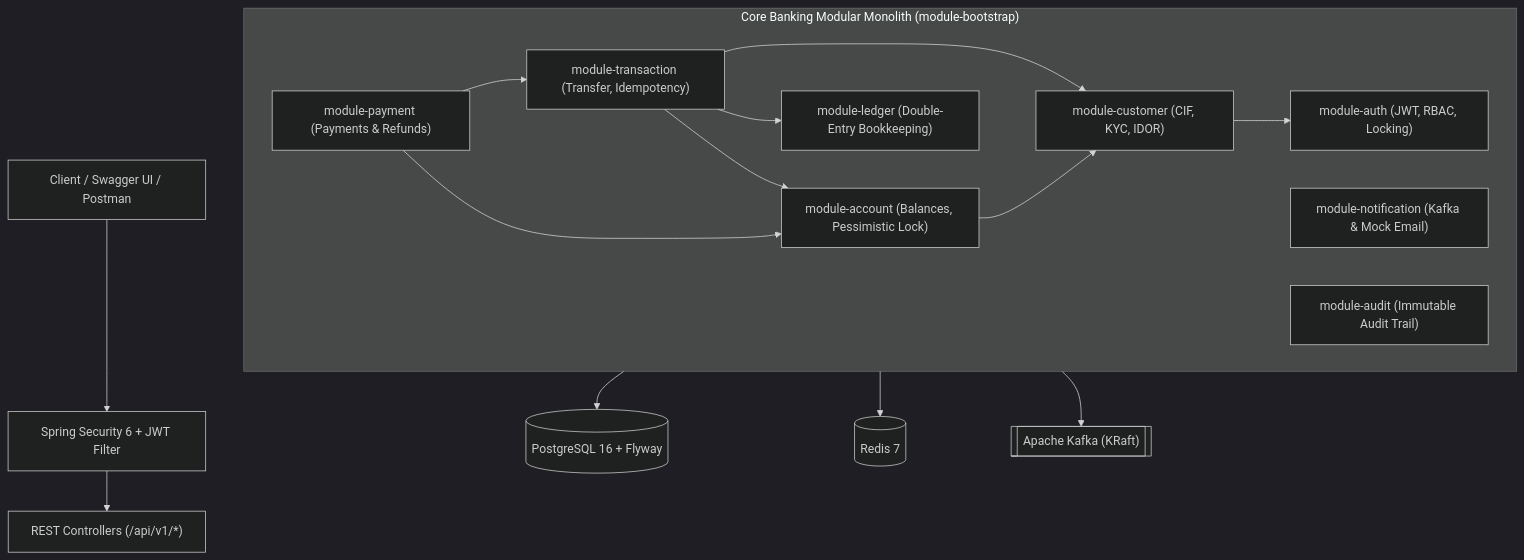
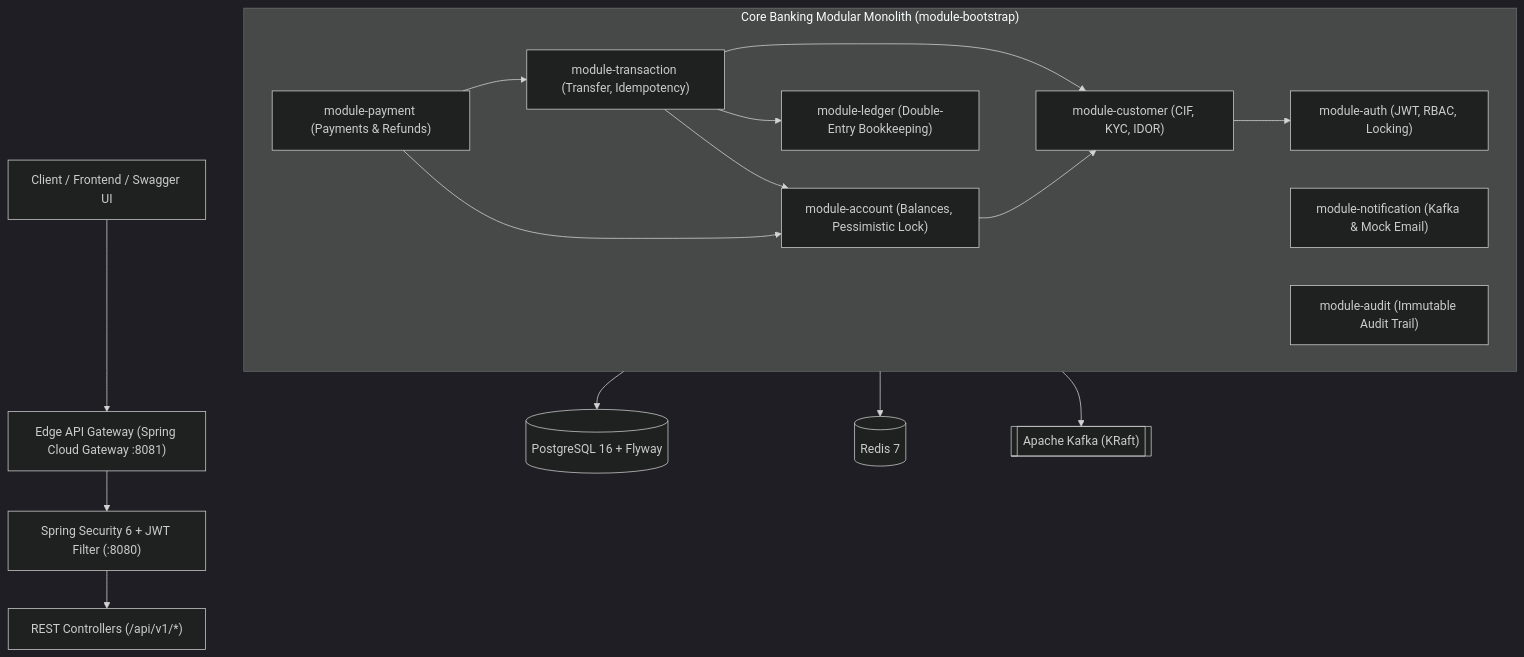
One commit to Haruto1508/banking-core-java-spring-boot changed the first of 2 diagrams in README.md. Above: the diagram before and after it, drawn with Mermaid (dark theme). The commit also changed other lines of this file and 14 other files, not shown here.

Commit message:
feat(gateway): add Spring Cloud Gateway edge microservice with CORS and CorrelationIdFilter

````diff
--- a/README.md
+++ b/README.md
@@ -11,28 +11,29 @@
 ```mermaid
 flowchart TD
-    Client["Client / Swagger UI / Postman"] --> Security["Spring Security 6 + JWT Filter"]
+    Client["Client / Frontend / Swagger UI"] --> Gateway["Edge API Gateway (Spring Cloud Gateway :8081)"]
+    Gateway --> Security["Spring Security 6 + JWT Filter (:8080)"]
     Security --> Controllers["REST Controllers (/api/v1/*)"]
 
     subgraph ModularMonolith ["Core Banking Modular Monolith (module-bootstrap)"]
         Auth["module-auth (JWT, RBAC, Locking)"]
         Customer["module-customer (CIF, KYC, IDOR)"]
         Account["module-account (Balances, Pessimistic Lock)"]
         Transaction["module-transaction (Transfer, Idempotency)"]
         Ledger["module-ledger (Double-Entry Bookkeeping)"]
         Payment["module-payment (Payments & Refunds)"]
         Notification["module-notification (Kafka & Mock Email)"]
         Audit["module-audit (Immutable Audit Trail)"]
     end
 
     Transaction --> Account
     Transaction --> Ledger
     Transaction --> Customer
     Payment --> Transaction
     Payment --> Account
     Account --> Customer
     Customer --> Auth
 
     ModularMonolith --> DB[("PostgreSQL 16 + Flyway")]
     ModularMonolith --> Redis[("Redis 7")]
     ModularMonolith --> Kafka[["Apache Kafka (KRaft)"]]
 ```
````
